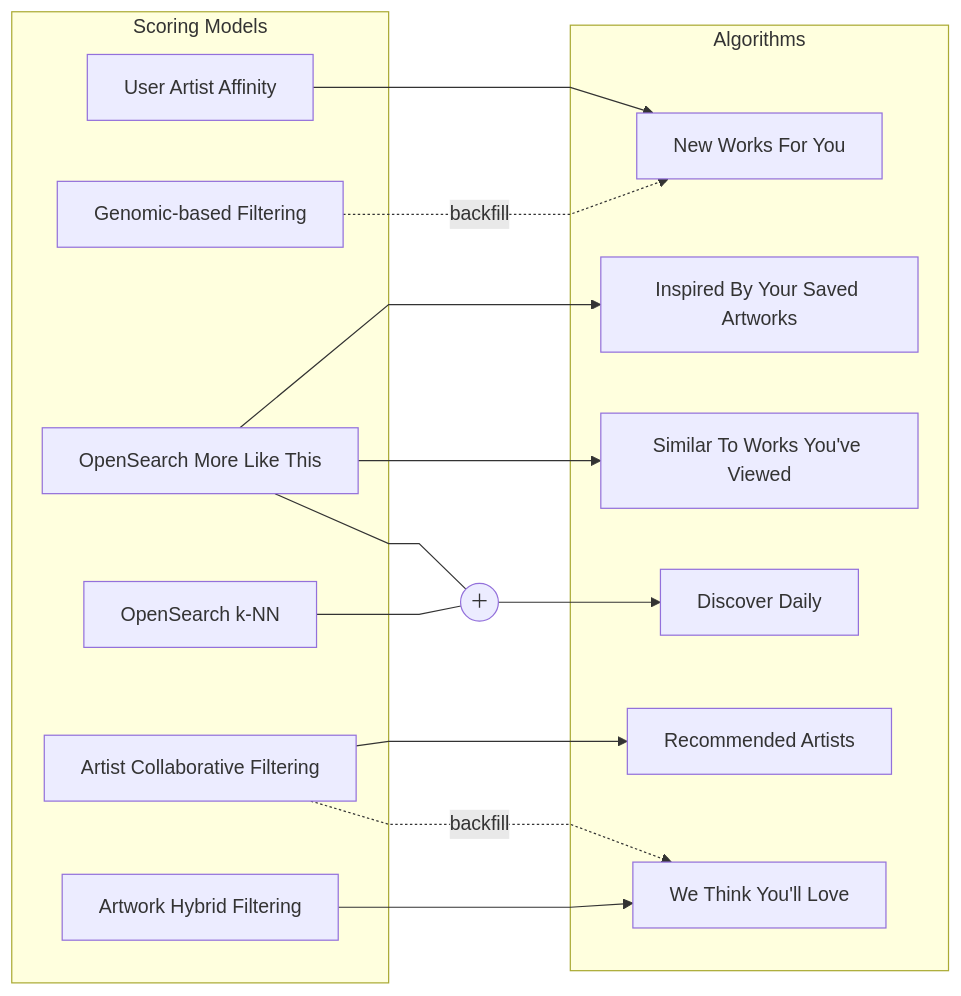
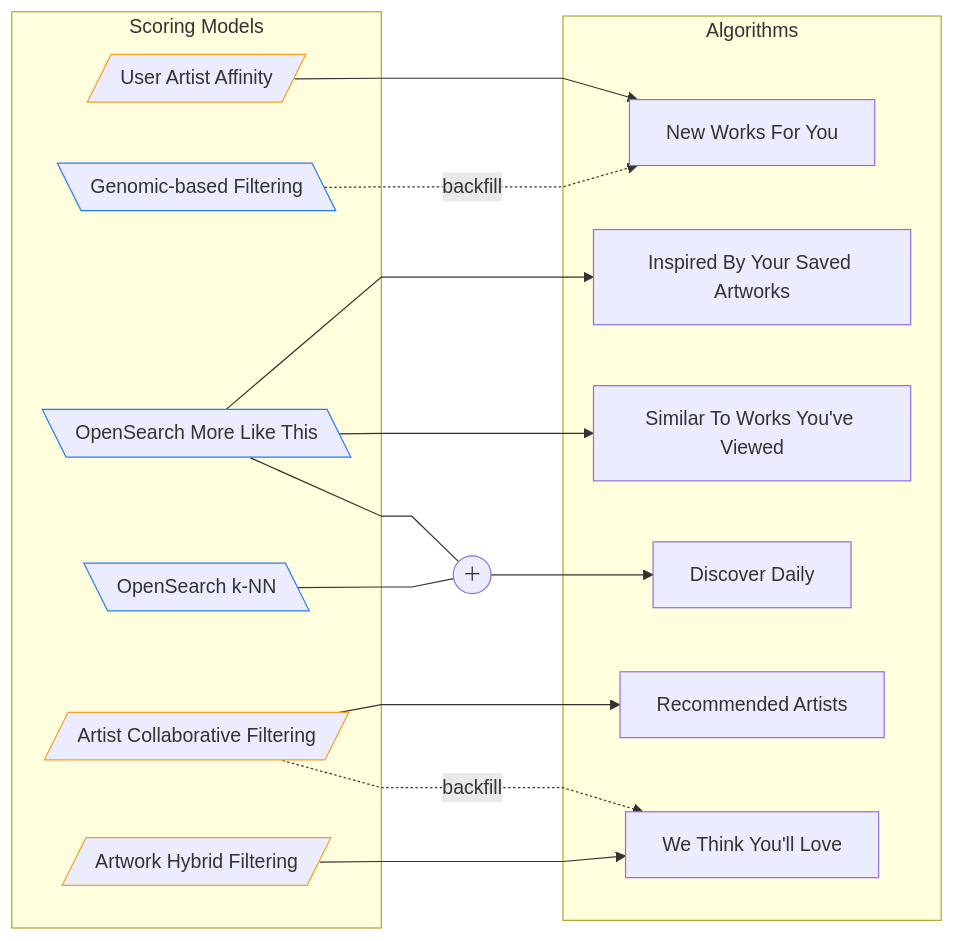
One commit to artsy/README changed the first of 2 diagrams in systems/recommendations.md. Above: the diagram before and after it, drawn with Mermaid. The commit also changed other lines of this file and 4 other files, not shown here.

````diff
--- a/systems/recommendations.md
+++ b/systems/recommendations.md
@@ -34,32 +47,35 @@
 ```mermaid
 %%{ init: { 'flowchart': { 'curve': 'linear' } } }%%
 flowchart LR
     subgraph Models [Scoring Models]
-        M1[User Artist Affinity]
-        M2[Genomic-based Filtering]
-        M3[OpenSearch More Like This]
-        M4[OpenSearch k-NN]
-        M5[Artist Collaborative Filtering]
-        M6[Artwork Hybrid Filtering]
+        M1[/User Artist Affinity/]:::user
+        M2[\Genomic-based Filtering\]:::item
+        M3[\OpenSearch More Like This\]:::item
+        M4[\OpenSearch k-NN\]:::item
+        M5[/Artist Collaborative Filtering/]:::user
+        M6[/Artwork Hybrid Filtering/]:::user
     end
 
     subgraph Algos [Algorithms]
         A1[New Works For You]
         A5[Inspired By Your Saved Artworks]
         A4[Similar To Works You've Viewed]
         A2[Discover Daily]
         A3[Recommended Artists]
         A6[We Think You'll Love]
     end
 
     M1 --> A1
     M2 -.->|backfill| A1
     M3 --- M3+M4((＋))
     M4 --- M3+M4
     M3+M4 --> A2
     M3 --> A5
     M3 --> A4
     M5 --> A3
     M5 -.->|backfill| A6
     M6 --> A6
+    
+classDef user stroke:#F59F27
+classDef item stroke:#277DF5
 ```
````
